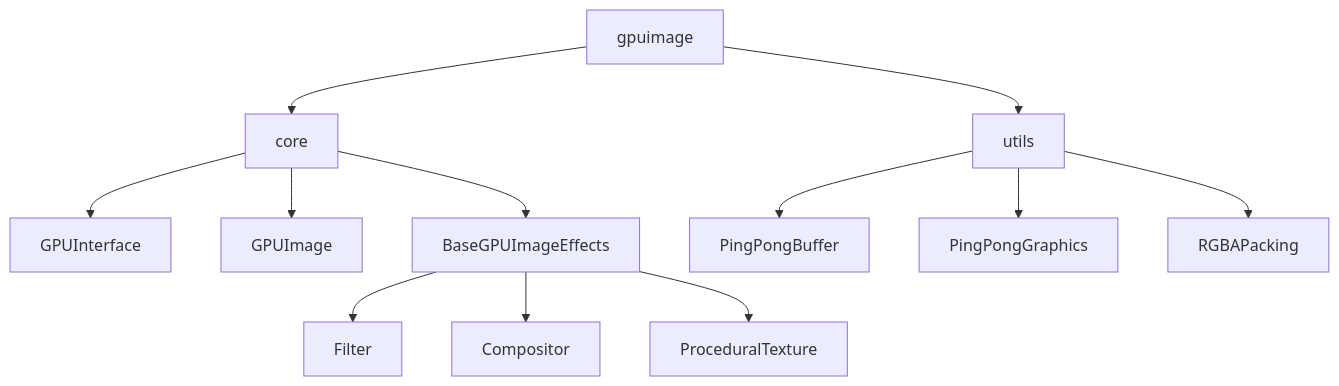
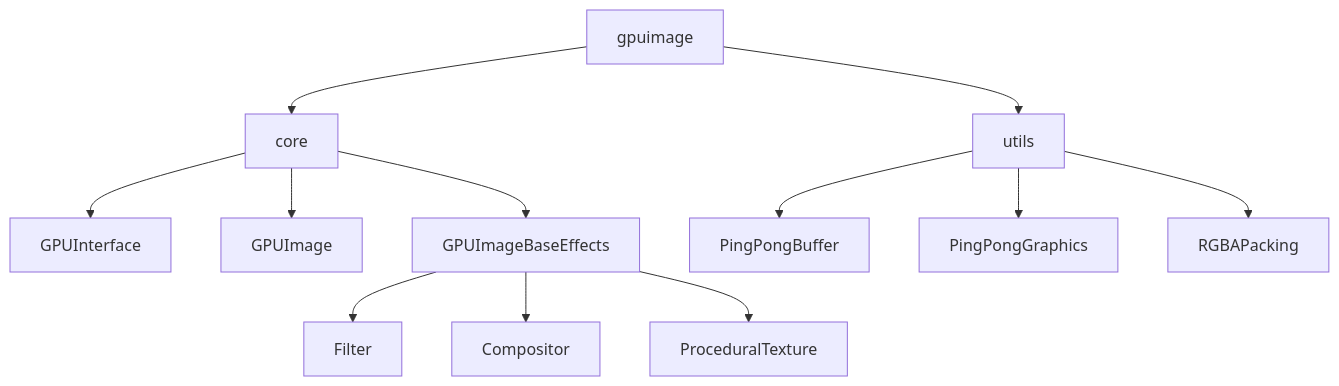
Before and after one commit to Bonjour-Interactive-Lab/Processing-GPUImage: the diagram in README.md, drawn with Mermaid. The commit also changed other lines of this file, not shown here.

Commit message:
update design pattern

````diff
--- a/README.md
+++ b/README.md
@@ -13,14 +16,14 @@
 ```mermaid
 graph TD;
   gpuimage-->core;
   gpuimage-->utils;
   core-->GPUInterface
   core-->GPUImage
-  core-->BaseGPUImageEffects;
-  BaseGPUImageEffects-->Filter
-  BaseGPUImageEffects-->Compositor
-  BaseGPUImageEffects-->ProceduralTexture
+  core-->GPUImageBaseEffects;
+  GPUImageBaseEffects-->Filter
+  GPUImageBaseEffects-->Compositor
+  GPUImageBaseEffects-->ProceduralTexture
   utils-->PingPongBuffer;
   utils-->PingPongGraphics;
   utils-->RGBAPacking
 ```
````
